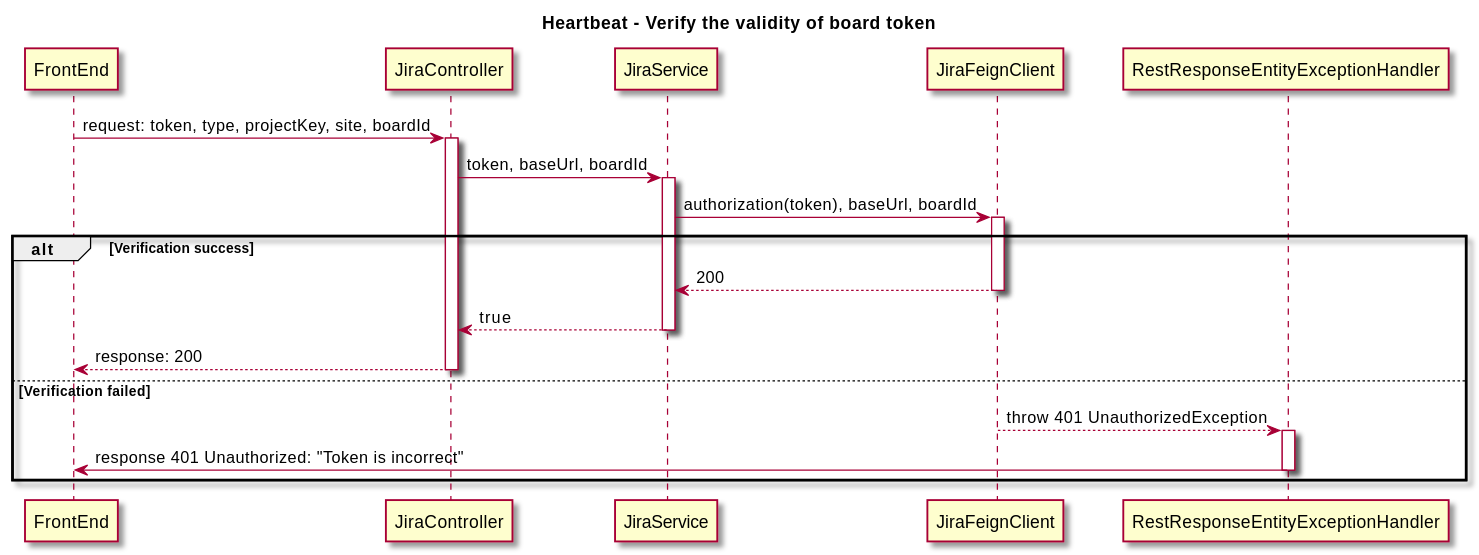
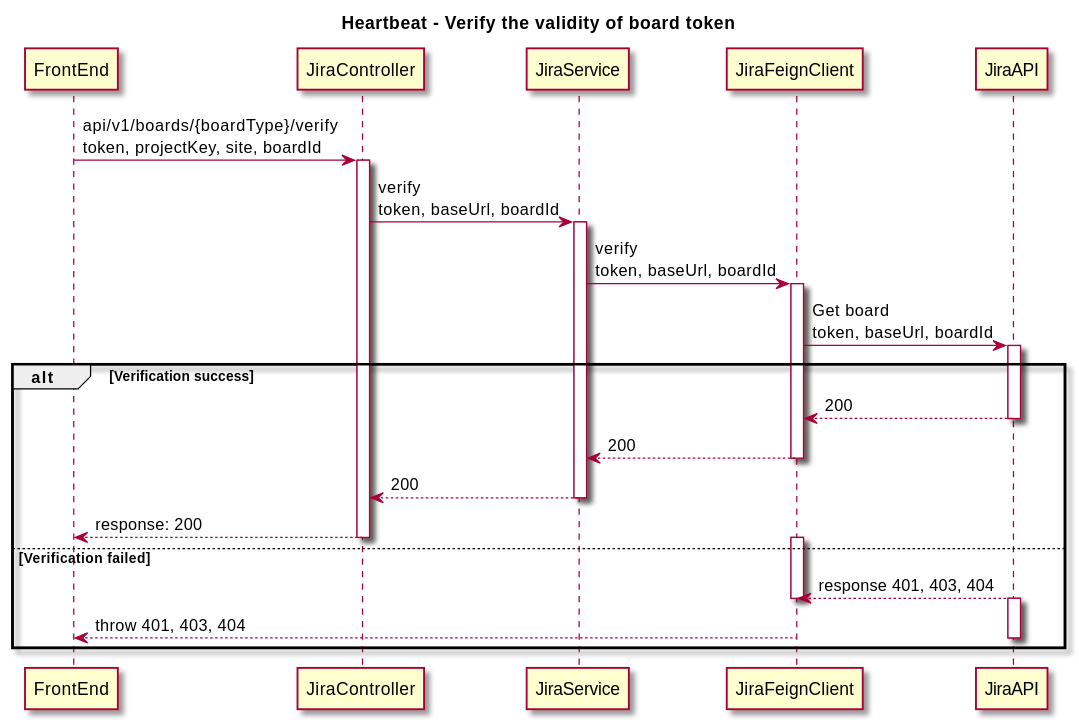
One commit to thoughtworks/HeartBeat changed the first of 2 diagrams in docs/src/content/docs/en/spikes/tech-spikes-split-verify-of-board.mdx. Above: the diagram before and after it, drawn with PlantUML. The commit also changed other lines of this file, not shown here.

Commit message:
ADM-612:[docs]feat: add new api info Sequence Diagram

````diff
--- a/docs/src/content/docs/en/spikes/tech-spikes-split-verify-of-board.mdx
+++ b/docs/src/content/docs/en/spikes/tech-spikes-split-verify-of-board.mdx
@@ -97,36 +98,39 @@
 ```plantuml
 @startuml
 skin rose
 title Heartbeat - Verify the validity of board token
 
 participant FrontEnd
 participant JiraController
 participant JiraService
 participant JiraFeignClient
-participant RestResponseEntityExceptionHandler
+participant JiraAPI
 
 ' group Verify the validity of the token
-    FrontEnd -> JiraController: request: token, type, projectKey, site, boardId
+    FrontEnd -> JiraController: api/v1/boards/{boardType}/verify \ntoken, projectKey, site, boardId
     activate JiraController
-    JiraController -> JiraService: token, baseUrl, boardId
+    JiraController -> JiraService: verify \ntoken, baseUrl, boardId
     activate JiraService
-    JiraService -> JiraFeignClient: authorization(token), baseUrl, boardId
+    JiraService -> JiraFeignClient: verify \ntoken, baseUrl, boardId
     activate JiraFeignClient
+    JiraFeignClient -> JiraAPI: Get board \ntoken, baseUrl, boardId
+    activate JiraAPI
 alt Verification success
+    JiraAPI --> JiraFeignClient: 200
+    deactivate JiraAPI
     JiraFeignClient --> JiraService: 200
     deactivate JiraFeignClient
-    JiraService --> JiraController: true
+    JiraService --> JiraController: 200
     deactivate JiraService
     JiraController --> FrontEnd: response: 200
     deactivate JiraController
 else Verification failed
-    JiraFeignClient --> RestResponseEntityExceptionHandler: throw 401 UnauthorizedException
+    activate JiraFeignClient
+    JiraAPI --> JiraFeignClient: response 401, 403, 404
     deactivate JiraFeignClient
-    activate RestResponseEntityExceptionHandler
-    RestResponseEntityExceptionHandler -> FrontEnd: response 401 Unauthorized: "Token is incorrect"
-    deactivate RestResponseEntityExceptionHandler
-    ' deactivate JiraService
-    ' deactivate JiraController
+    activate JiraAPI
+    JiraFeignClient --> FrontEnd: throw 401, 403, 404
+    deactivate JiraAPI
 end
 @enduml
 ```
````
